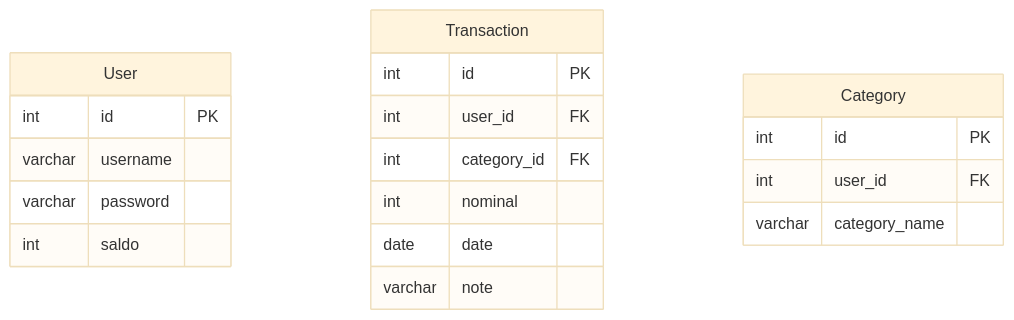
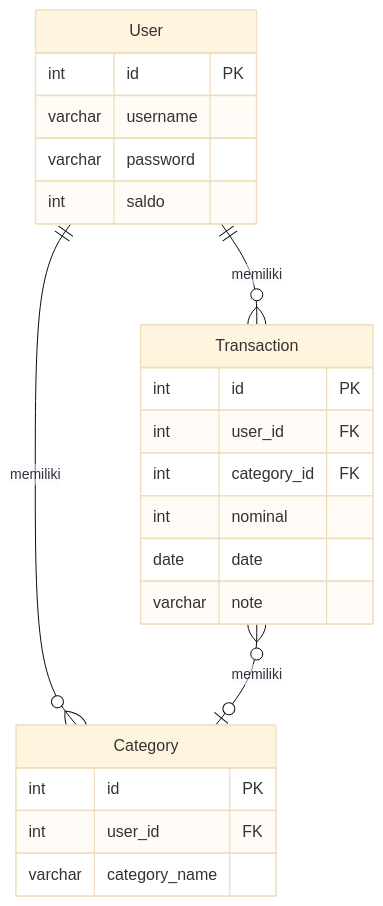
The diagram in README.md (irfanalmsyah/SiBudi), drawn with Mermaid (base theme) before and after one commit.

````diff
--- a/README.md
+++ b/README.md
@@ -25,22 +25,25 @@
 ```mermaid
 erDiagram
-    User {
+    User  {
         int id PK
         varchar username
         varchar password
         int saldo
     }
     Transaction {
         int id PK
         int user_id FK
         int category_id FK
         int nominal
         date date
         varchar note
     }
     Category {
         int id PK
         int user_id FK
         varchar category_name
     }
+    User ||--o{ Transaction : memiliki
+    User ||--o{ Category : memiliki
+    Transaction }o--o| Category : memiliki
 ```
````
